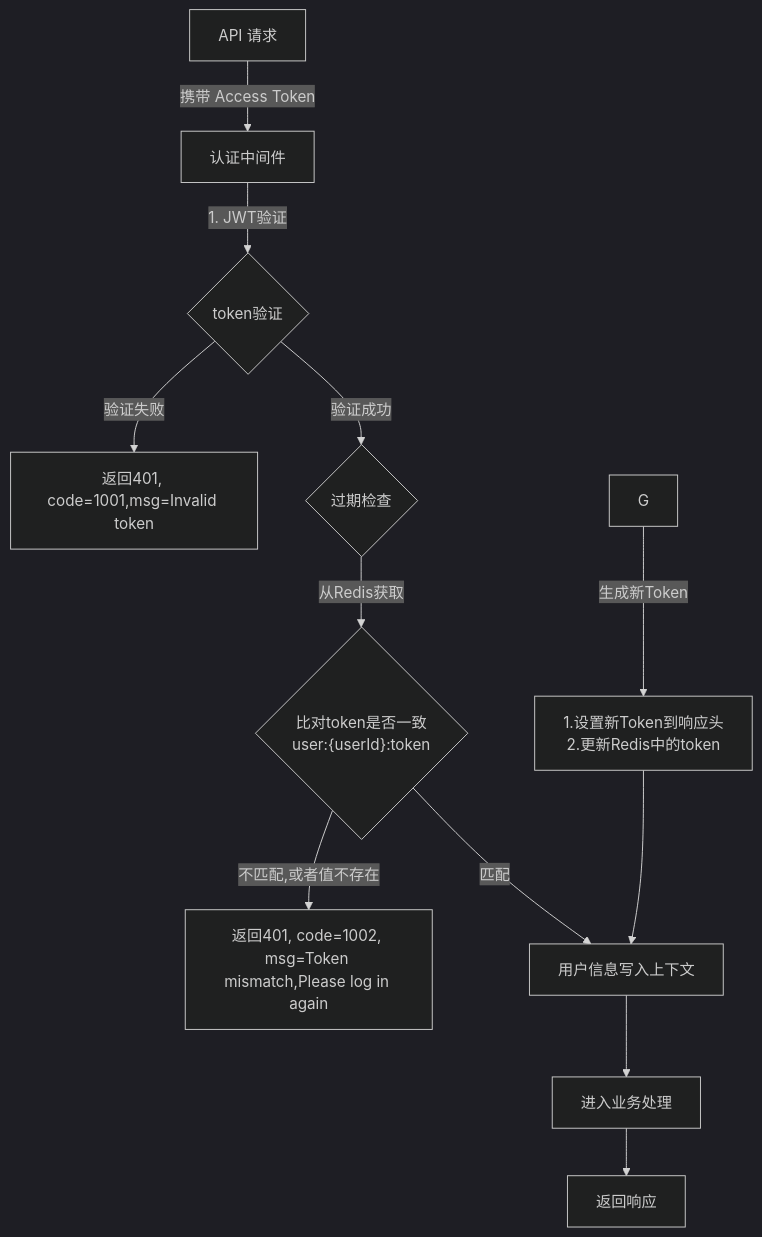
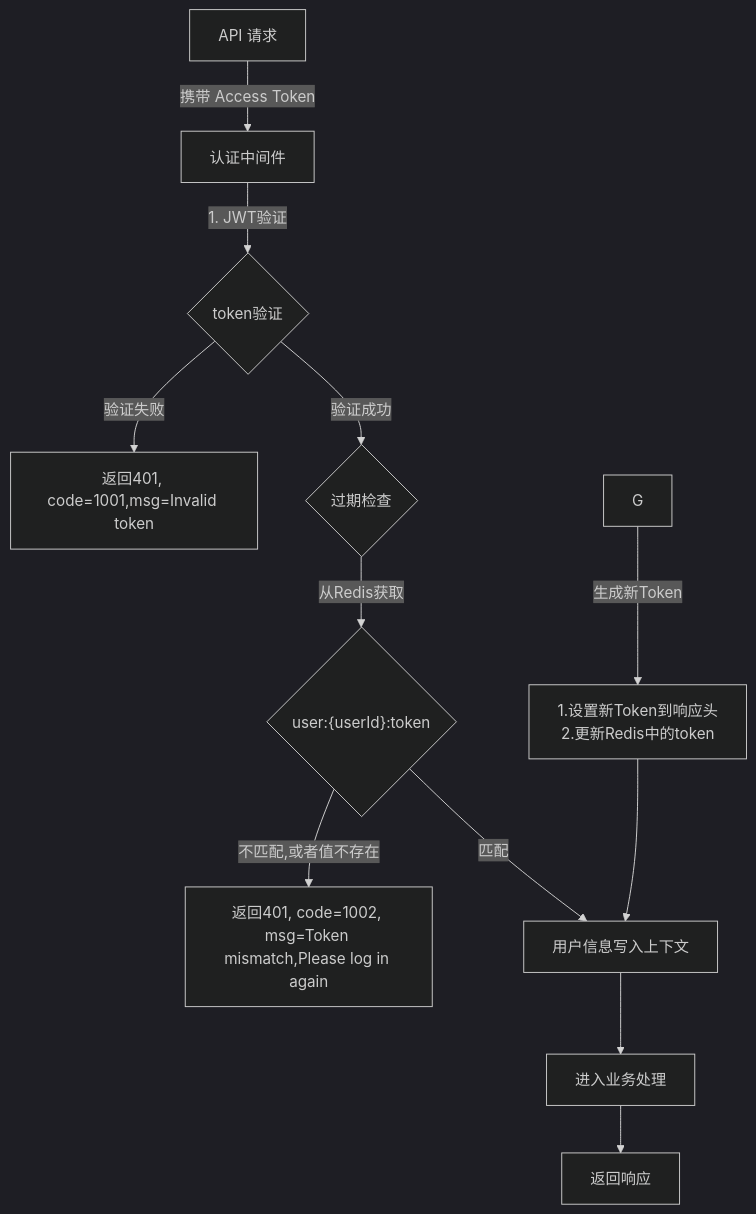
The diagram in all/未命名-16.md (yingjianzh/iodraw-files), drawn with Mermaid (dark theme) before and after one commit.

Commit message:
2025-01-08 14:53:22 update

````diff
--- a/all/未命名-16.md
+++ b/all/未命名-16.md
@@ -1,20 +1,19 @@
 ```mermaid
 
 flowchart TD
     A[API 请求] -->|携带 Access Token| B[认证中间件]
     B -->|1. JWT验证| C{token验证}
     C -->|验证失败| D[返回401, code=1001,msg=Invalid token]
     C -->|验证成功| F{过期检查}
     
-    F -->|从Redis获取| I{"比对token是否一致
-    user:{userId}:token"}
+    F -->|从Redis获取| I{"user:{userId}:token"}
     I -->|不匹配,或者值不存在| J[返回401, code=1002, msg=Token mismatch,Please log in again]
     I -->|匹配| K[用户信息写入上下文]
     K --> L[进入业务处理]
     L --> N[返回响应]
     
     G -->|生成新Token| M["1.设置新Token到响应头
     2.更新Redis中的token"]
     M --> K
 
 ```
````
